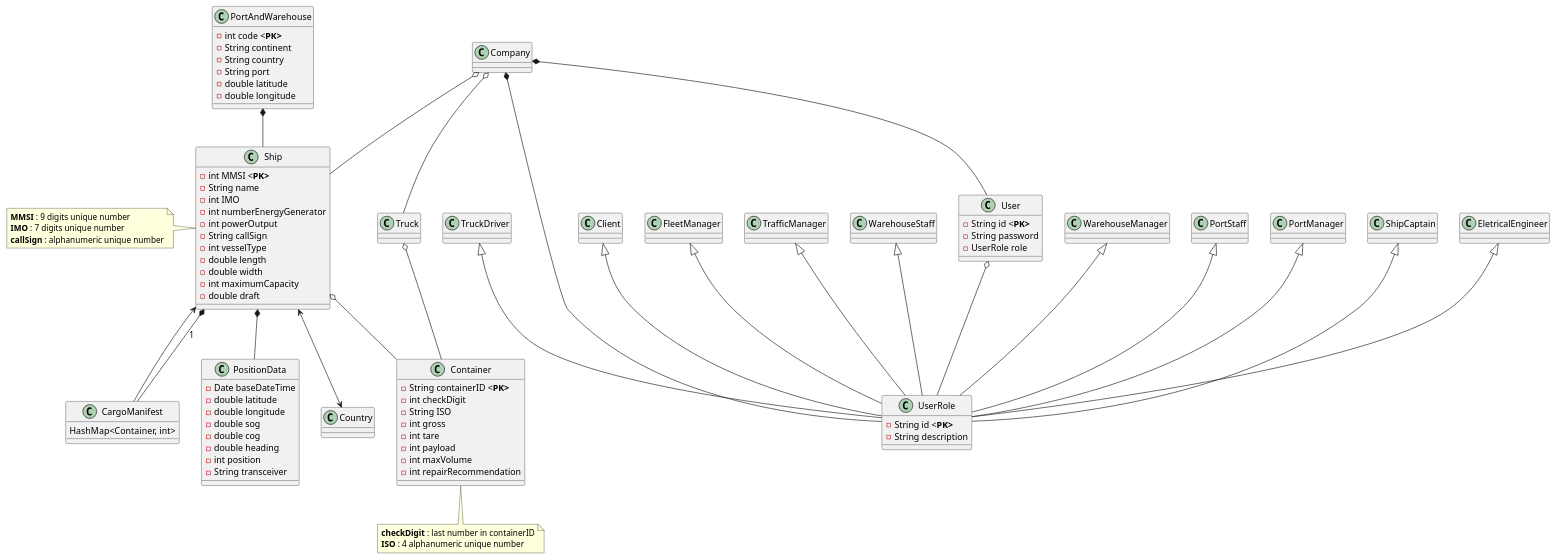
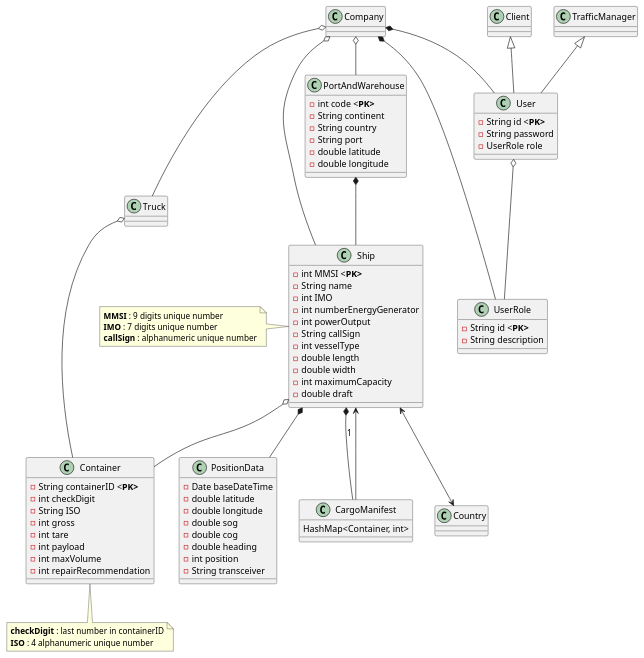
The diagram in Docs/Domain Model.puml (LourencoMelo/ISEP-LAPR3-ESINF), drawn with PlantUML before and after one commit. The commit also changed 1 other file, not shown here.

```diff
--- a/Docs/Domain Model.puml
+++ b/Docs/Domain Model.puml
@@ -1,153 +1,121 @@
 @startuml
 
 class Ship {
 
     -int MMSI <<b>PK>
     -String name
     -int IMO
     -int numberEnergyGenerator
     -int powerOutput
     -String callSign
     -int vesselType
     -double length
     -double width
     -int maximumCapacity
     -double draft
 }
 
 note left: <b>MMSI</b> : 9 digits unique number\n<b>IMO</b> : 7 digits unique number\n<b>callSign</b> : alphanumeric unique number
 
 
 class Container {
 
     -String containerID <<b>PK>
     -int checkDigit
     -String ISO
     -int gross
     -int tare
     -int payload
     -int maxVolume
     -int repairRecommendation
 
 }
 
 note bottom: <b>checkDigit</b> : last number in containerID\n<b>ISO</b> : 4 alphanumeric unique number
 
 
 class PortAndWarehouse {
     -int code <<b>PK>
     -String continent
     -String country
     -String port
     -double latitude
     -double longitude
 
 }
 
 
 class Truck{
 }
 
 class User{
     -String id <<b>PK>
     -String password
     -UserRole role
 }
 
 class UserRole{
     -String id <<b>PK>
     -String description
 }
 
 class Client{
 }
 
-class FleetManager{
-}
-
 class TrafficManager{
-}
-
-class WarehouseStaff{
-}
-
-class WarehouseManager{
-}
-
-class PortStaff{
-}
-
-class PortManager{
-}
-
-class ShipCaptain{
-}
-
-class EletricalEngineer{
-}
-
-class TruckDriver{
 }
 
 class PositionData{
     -Date baseDateTime
     -double latitude
     -double longitude
     -double sog
     -double cog
     -double heading
     -int position
     -String transceiver
 
 }
 
 
 class CargoManifest{
     HashMap<Container, int>
 }
 
 class Country {
 
 }
 
 class Company {
 
 }
 
 'Inheritance connections
 
-Client <|-- UserRole
-FleetManager <|-- UserRole
-TrafficManager <|-- UserRole
-WarehouseStaff <|-- UserRole
-WarehouseManager <|-- UserRole
-PortStaff <|-- UserRole
-PortManager <|-- UserRole
-ShipCaptain <|-- UserRole
-EletricalEngineer <|-- UserRole
-TruckDriver <|-- UserRole
-
+Client <|-- User
+TrafficManager <|-- User
 
 'Aggregation connections
 
 User o-- UserRole
 Ship o-- Container
 Truck o-- Container
 Company o-- Ship
 Company o-- Truck
+Company o-- PortAndWarehouse
 
 
 'Composition connections
 
 Company *-- User
 Company *-- UserRole
 Ship *-- CargoManifest : 1
 Ship *-- PositionData
 PortAndWarehouse *-- Ship
 
 'Association connections
 
 CargoManifest --> Ship
 Ship <--> Country
 
 @enduml
```
